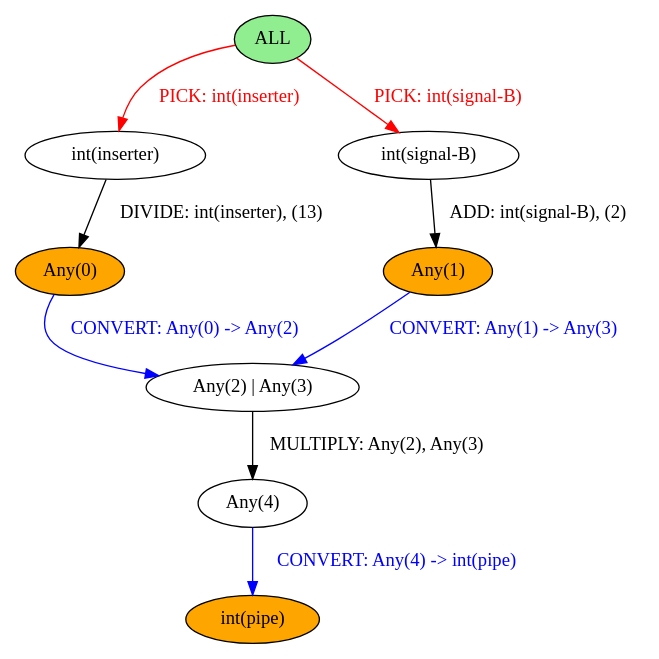
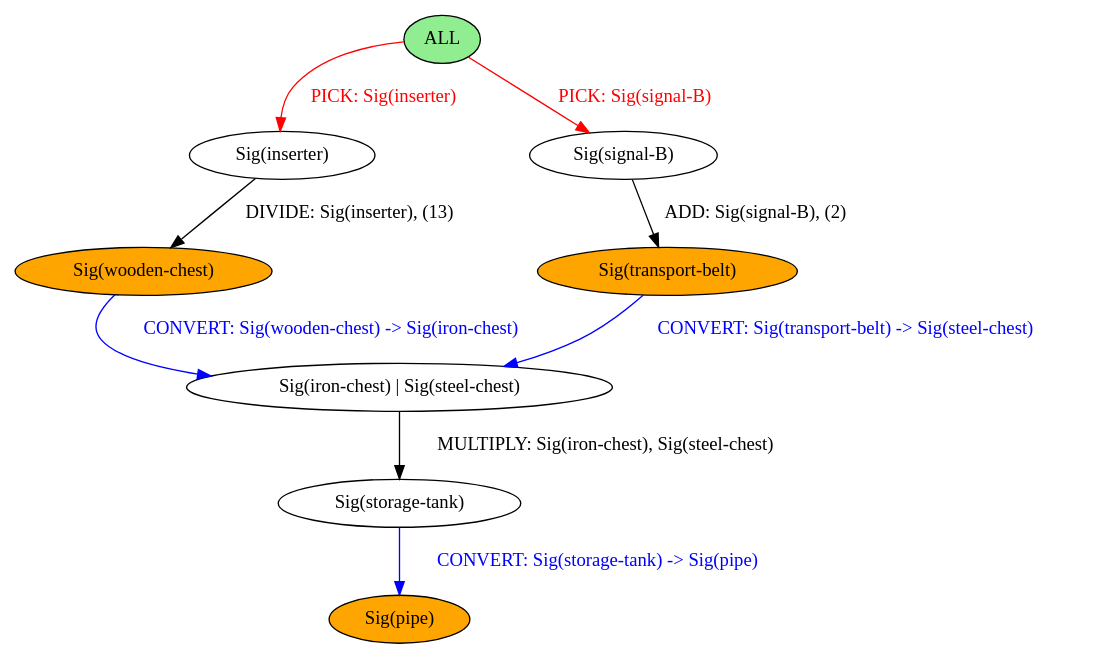
The diagram in chef/example_outputs/picking.dot (BalderHolst/chef), drawn with Graphviz before and after one commit. The commit also changed other lines of this file and 15 other files, not shown here.

```diff
--- a/chef/example_outputs/picking.dot
+++ b/chef/example_outputs/picking.dot
@@ -1,19 +1,19 @@
 strict digraph {
 	nodesep=1
-	5	[style=filled fillcolor=orange label="Any(0)"]
+	5	[style=filled fillcolor=orange label="Sig(wooden-chest)"]
 	0	[style=filled fillcolor=lightgreen label="ALL"]
-	3	[style=filled fillcolor=white label="int(inserter)"]
-	13	[style=filled fillcolor=white label="Any(2) | Any(3)"]
-	15	[style=filled fillcolor=orange label="int(pipe)"]
-	14	[style=filled fillcolor=white label="Any(4)"]
-	8	[style=filled fillcolor=white label="int(signal-B)"]
-	10	[style=filled fillcolor=orange label="Any(1)"]
-	5 -> 13	[label="CONVERT: Any(0) -> Any(2)" color=blue fontcolor=blue]
-	0 -> 3	[label="PICK: int(inserter)" color=red fontcolor=red]
-	0 -> 8	[label="PICK: int(signal-B)" color=red fontcolor=red]
-	3 -> 5	[label="DIVIDE: int(inserter), (13)" color=black fontcolor=black]
-	13 -> 14	[label="MULTIPLY: Any(2), Any(3)" color=black fontcolor=black]
-	14 -> 15	[label="CONVERT: Any(4) -> int(pipe)" color=blue fontcolor=blue]
-	8 -> 10	[label="ADD: int(signal-B), (2)" color=black fontcolor=black]
-	10 -> 13	[label="CONVERT: Any(1) -> Any(3)" color=blue fontcolor=blue]
+	3	[style=filled fillcolor=white label="Sig(inserter)"]
+	13	[style=filled fillcolor=white label="Sig(iron-chest) | Sig(steel-chest)"]
+	15	[style=filled fillcolor=orange label="Sig(pipe)"]
+	14	[style=filled fillcolor=white label="Sig(storage-tank)"]
+	8	[style=filled fillcolor=white label="Sig(signal-B)"]
+	10	[style=filled fillcolor=orange label="Sig(transport-belt)"]
+	5 -> 13	[label="CONVERT: Sig(wooden-chest) -> Sig(iron-chest)" color=blue fontcolor=blue]
+	0 -> 3	[label="PICK: Sig(inserter)" color=red fontcolor=red]
+	0 -> 8	[label="PICK: Sig(signal-B)" color=red fontcolor=red]
+	3 -> 5	[label="DIVIDE: Sig(inserter), (13)" color=black fontcolor=black]
+	13 -> 14	[label="MULTIPLY: Sig(iron-chest), Sig(steel-chest)" color=black fontcolor=black]
+	14 -> 15	[label="CONVERT: Sig(storage-tank) -> Sig(pipe)" color=blue fontcolor=blue]
+	8 -> 10	[label="ADD: Sig(signal-B), (2)" color=black fontcolor=black]
+	10 -> 13	[label="CONVERT: Sig(transport-belt) -> Sig(steel-chest)" color=blue fontcolor=blue]
 }
```
